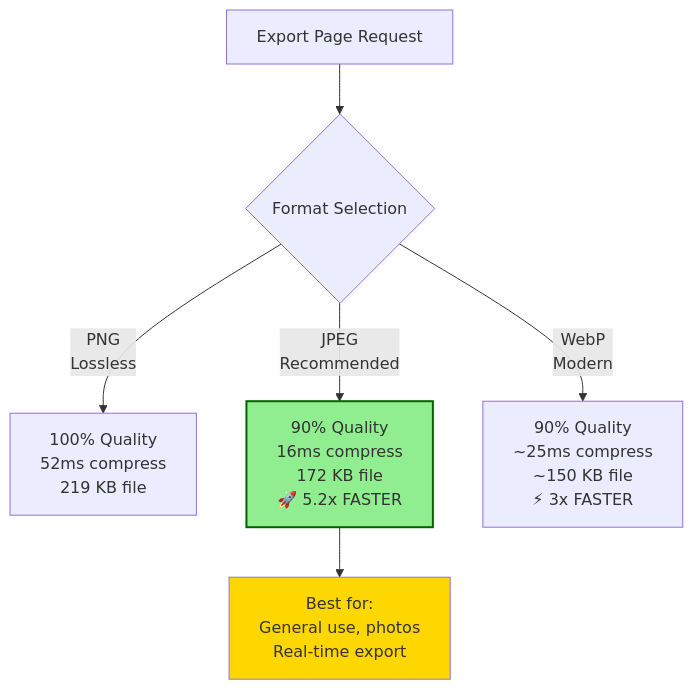
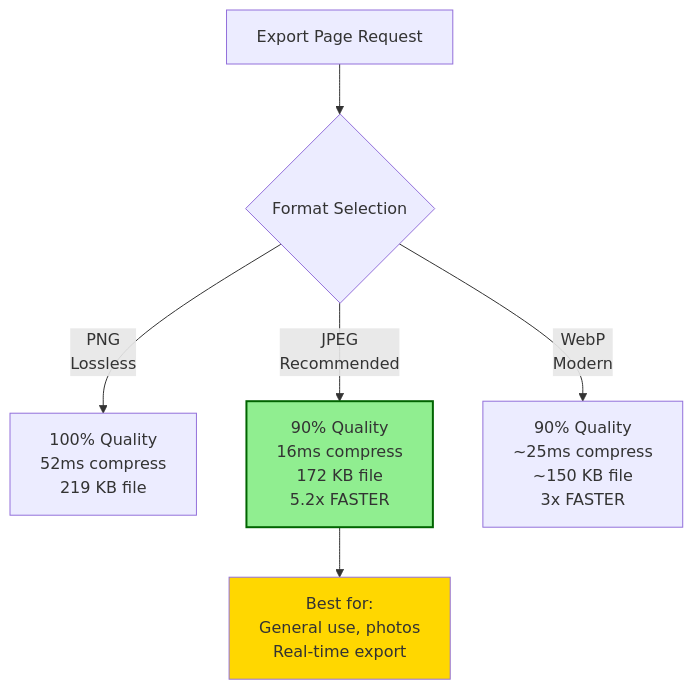
Before and after one commit to aarbmx6s/react-native-pdf-jsi: the third of 3 diagrams in ARCHITECTURE.md, drawn with Mermaid. The commit also changed other lines of this file and 1 other file, not shown here.

Commit message:
ARCHITECTURE_DIAGRAMS readme changes

````diff
--- a/ARCHITECTURE.md
+++ b/ARCHITECTURE.md
@@ -51,15 +51,15 @@
 ```mermaid
 flowchart TD
     A[Export Page Request] --> B{Format Selection}
     
-    B -->|PNG<br/>Lossless| C[100% Quality<br/>52ms compress<br/>219 KB file]
+    B -->|"PNG<br/>Lossless"| C["100% Quality<br/>52ms compress<br/>219 KB file"]
     
-    B -->|JPEG<br/>Recommended| D[90% Quality<br/>16ms compress<br/>172 KB file<br/>🚀 5.2x FASTER]
+    B -->|"JPEG<br/>Recommended"| D["90% Quality<br/>16ms compress<br/>172 KB file<br/>5.2x FASTER"]
     
-    B -->|WebP<br/>Modern| E[90% Quality<br/>~25ms compress<br/>~150 KB file<br/>⚡ 3x FASTER]
+    B -->|"WebP<br/>Modern"| E["90% Quality<br/>~25ms compress<br/>~150 KB file<br/>3x FASTER"]
     
     D --> F[Best for:<br/>General use, photos<br/>Real-time export]
     
     style D fill:#90EE90,stroke:#006400,stroke-width:2px
     style F fill:#FFD700
 ```
````
